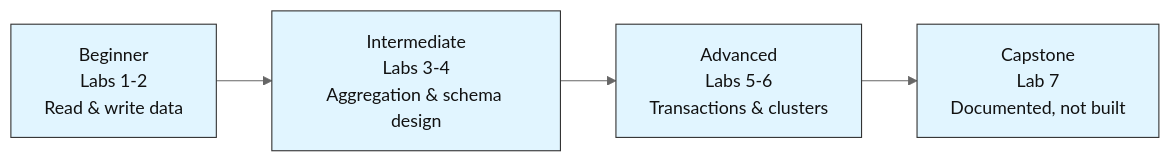
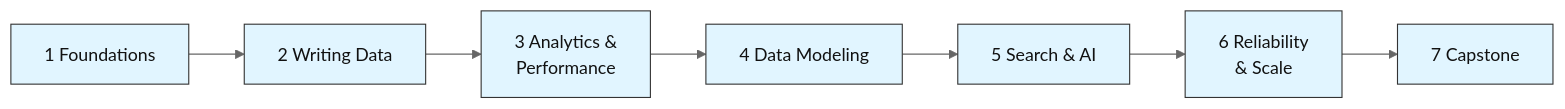
The fourth of 4 diagrams in MongoDB-Labs/README.md (CogKnowEdge-Solutions/Context-Memory-Layer), drawn with Mermaid (neutral theme) before and after one commit. The commit also changed other lines of this file and 13 other files, not shown here.

Commit message:
feat(MongoDB-Labs): add Query Optimization, Schema Patterns, and Atlas Search labs

````diff
--- a/MongoDB-Labs/README.md
+++ b/MongoDB-Labs/README.md
@@ -226,9 +226,7 @@
 ```mermaid
 flowchart LR
-    B["Beginner<br/>Labs 1-2<br/>Read & write data"] --> I["Intermediate<br/>Labs 3-4<br/>Aggregation & schema design"]
-    I --> A["Advanced<br/>Labs 5-6<br/>Transactions & clusters"]
-    A --> C["Capstone<br/>Lab 7<br/>Documented, not built"]
+    S1["1 Foundations"] --> S2["2 Writing Data"] --> S3["3 Analytics &<br/>Performance"] --> S4["4 Data Modeling"] --> S5["5 Search & AI"] --> S6["6 Reliability<br/>& Scale"] --> S7["7 Capstone"]
 
     classDef defaultStyle fill:#e1f5ff,stroke:#333333,stroke-width:1px,color:#111111
-    class B,I,A,C defaultStyle
+    class S1,S2,S3,S4,S5,S6,S7 defaultStyle
 ```
````
